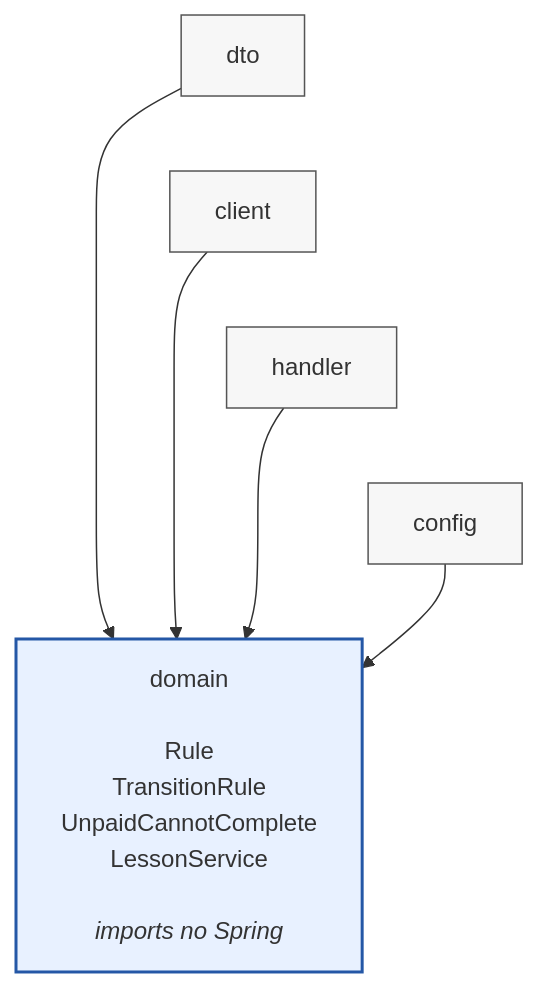
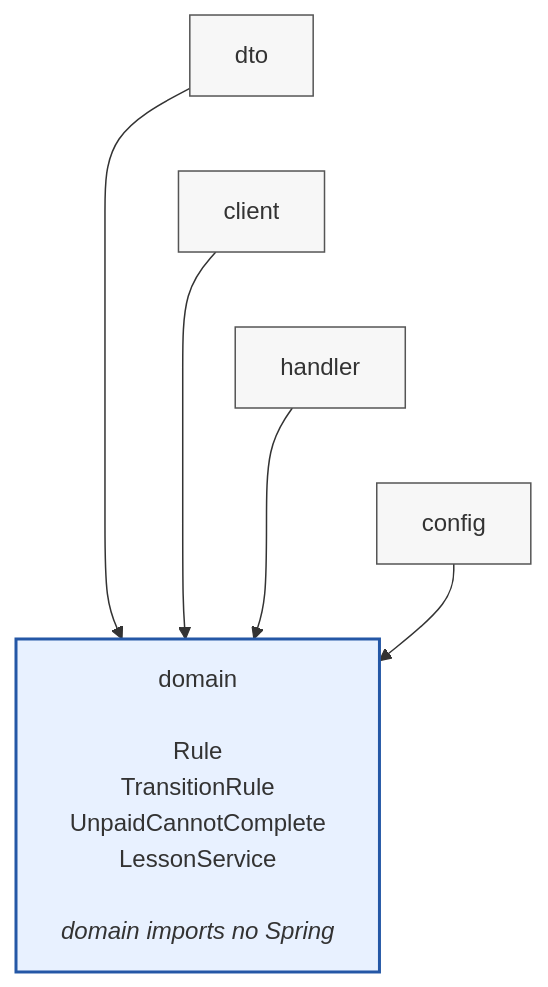
One commit to Uni-courses-CSS3004-ENG-1/EnDev-Lab1 changed the diagram in README.md. Above: the diagram before and after it, drawn with Mermaid.

Commit message:
docs: clarify domain package boundary

````diff
--- a/README.md
+++ b/README.md
@@ -57,17 +57,17 @@
 ```mermaid
 flowchart TB
-    dto["dto"] --> domain["domain<br/><br/>Rule<br/>TransitionRule<br/>UnpaidCannotComplete<br/>LessonService<br/><br/><i>imports no Spring</i>"]
+    dto["dto"] --> domain["domain<br/><br/>Rule<br/>TransitionRule<br/>UnpaidCannotComplete<br/>LessonService<br/><br/><i>domain imports no Spring</i>"]
     client["client"] --> domain
     handler["handler"] --> domain
     config["config"] --> domain
 
     dto ~~~ client
     client ~~~ handler
     handler ~~~ config
     config ~~~ dto
 
     classDef outer fill:#f7f7f7,stroke:#555,stroke-width:1px
     classDef core fill:#e8f1ff,stroke:#2457a6,stroke-width:2px
     class dto,client,handler,config outer
     class domain core
 ```
````
